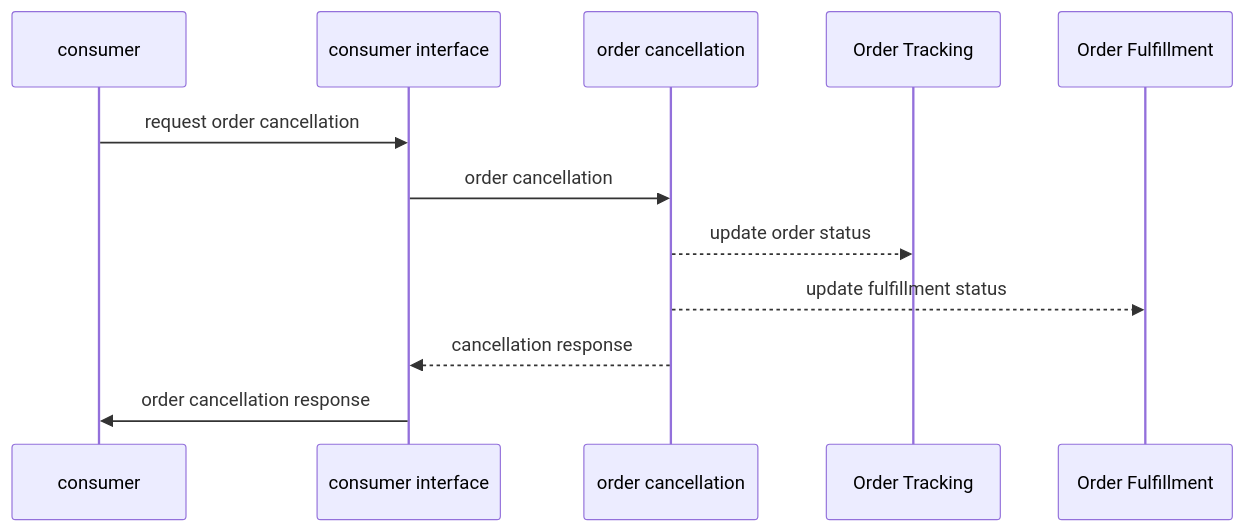
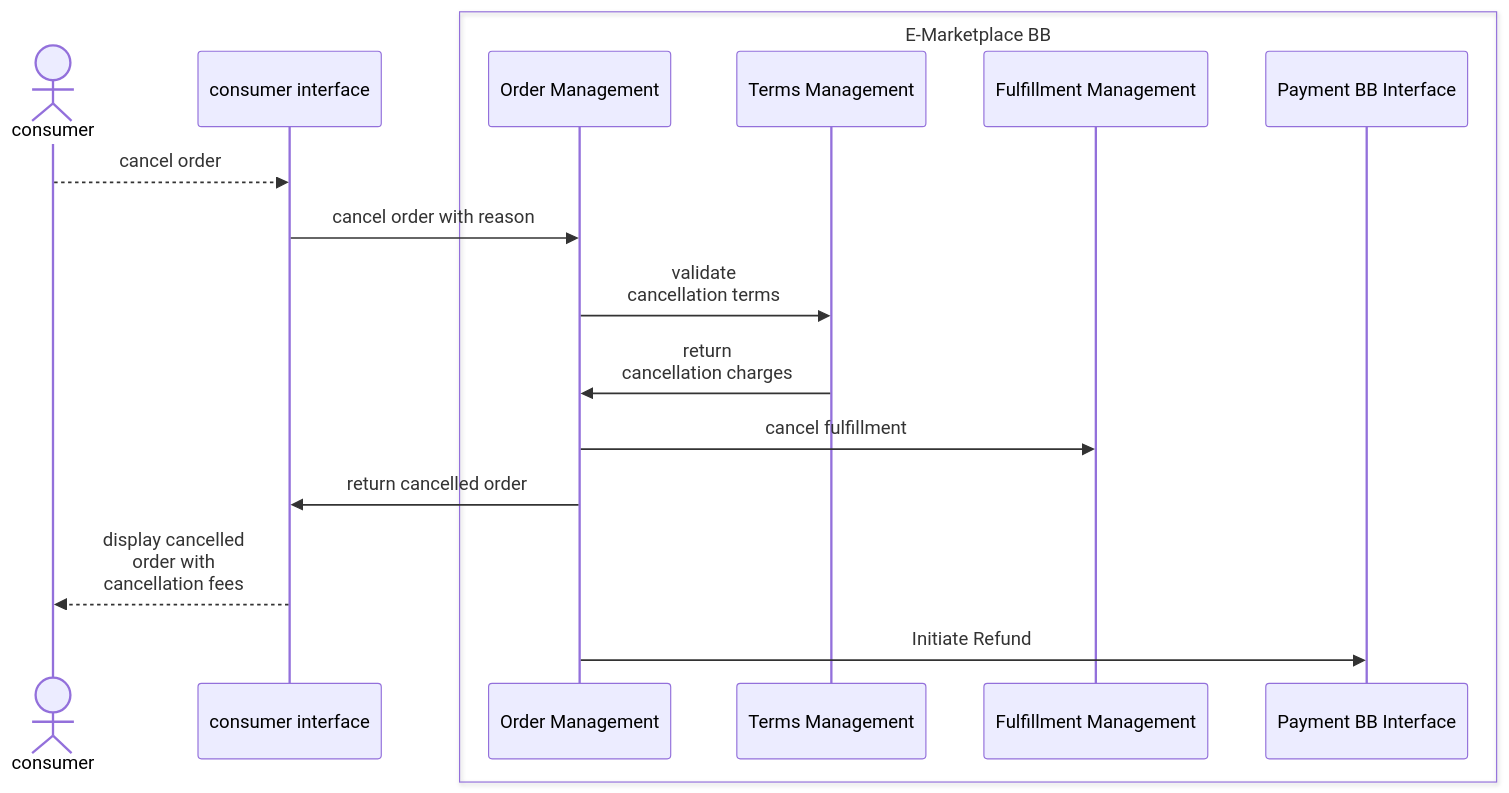
Before and after one commit to GovStackWorkingGroup/bb-emarketplace: diagram 11 of 14 in spec/9-workflows.md, drawn with Mermaid.

Commit message:
GITBOOK-60: Update Sequence Diagrams - Cancelling an Order

````diff
--- a/spec/9-workflows.md
+++ b/spec/9-workflows.md
@@ -294,10 +294,19 @@
 ```mermaid
 sequenceDiagram
-consumer->>consumer interface: request order cancellation
-    consumer interface->>order cancellation:order cancellation
-    order cancellation-->>Order Tracking:update order status
-
-    order cancellation-->>Order Fulfillment:update fulfillment status
-    order cancellation-->>consumer interface: cancellation response
-    consumer interface->>consumer:order cancellation response
+    Actor consumer
+    participant consumer interface
+    box E-Marketplace BB
+    participant Order Management
+    participant Terms Management
+    participant Fulfillment Management
+    participant Payment BB Interface
+    end
+    consumer-->>consumer interface: cancel order
+    consumer interface->>Order Management:cancel order with reason
+    Order Management->>Terms Management:validate <br/> cancellation terms
+    Terms Management->>Order Management: return <br/> cancellation charges
+    Order Management->>Fulfillment Management:cancel fulfillment
+    Order Management->>consumer interface: return cancelled order
+    consumer interface-->>consumer: display cancelled <br/> order with <br/> cancellation fees
+    Order Management->>Payment BB Interface: Initiate Refund
 ```
````
